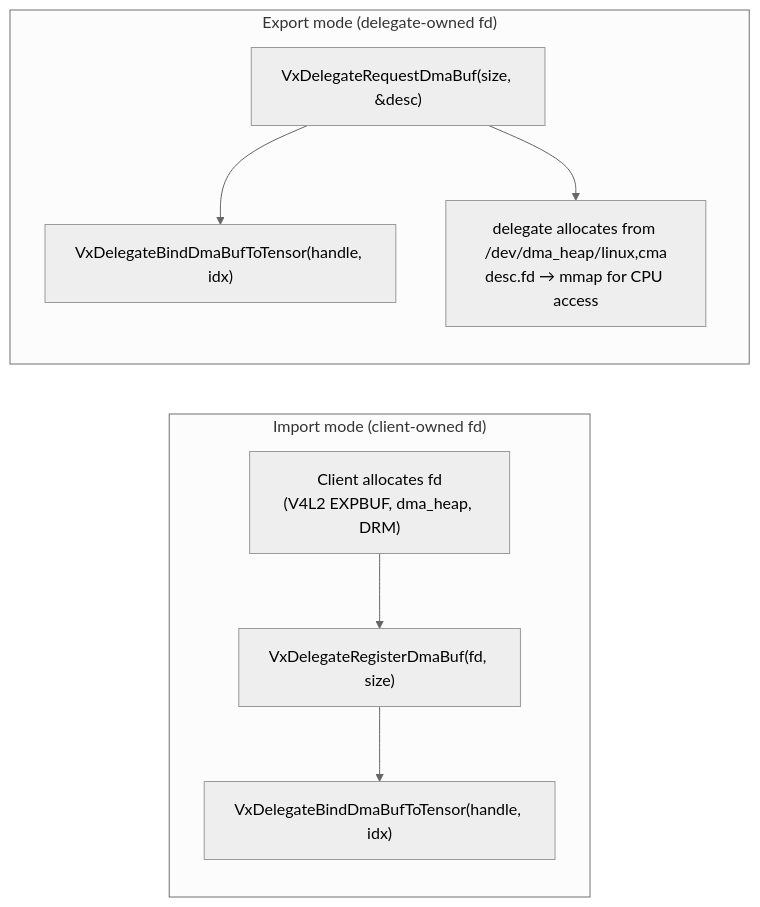
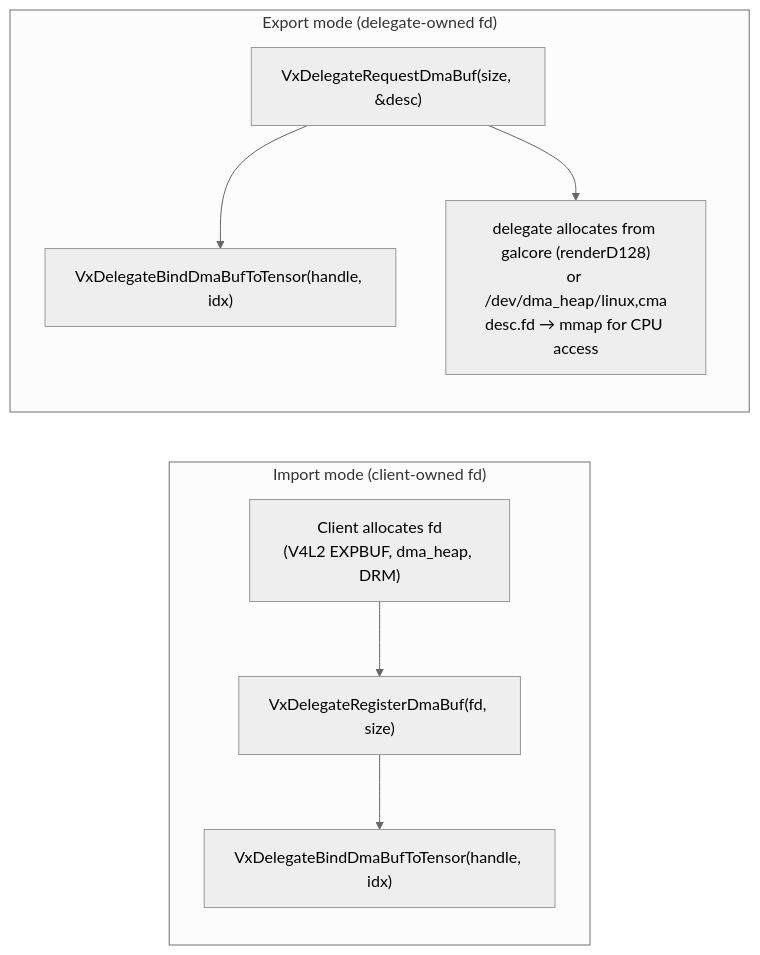
One commit to EdgeFirstAI/tflite-vx-delegate-imx changed the second of 6 diagrams in DMABUF.md. Above: the diagram before and after it, drawn with Mermaid (neutral theme). The commit also changed other lines of this file and 2 other files, not shown here.

Commit message:
EDGEAI-2217: Allocate export-mode DMA-BUFs from galcore

````diff
--- a/DMABUF.md
+++ b/DMABUF.md
@@ -94,17 +95,17 @@
 ```mermaid
 flowchart LR
     subgraph Import["Import mode (client-owned fd)"]
         CI["Client allocates fd<br/>(V4L2 EXPBUF, dma_heap, DRM)"]
         RI["VxDelegateRegisterDmaBuf(fd, size)"]
         BI["VxDelegateBindDmaBufToTensor(handle, idx)"]
         CI --> RI --> BI
     end
 
     subgraph Export["Export mode (delegate-owned fd)"]
         RE["VxDelegateRequestDmaBuf(size, &desc)"]
         BE["VxDelegateBindDmaBufToTensor(handle, idx)"]
-        UE["delegate allocates from /dev/dma_heap/linux,cma<br/>desc.fd → mmap for CPU access"]
+        UE["delegate allocates from galcore (renderD128)<br/>or /dev/dma_heap/linux,cma<br/>desc.fd → mmap for CPU access"]
         RE --> BE
         RE --> UE
     end
 ```
````
